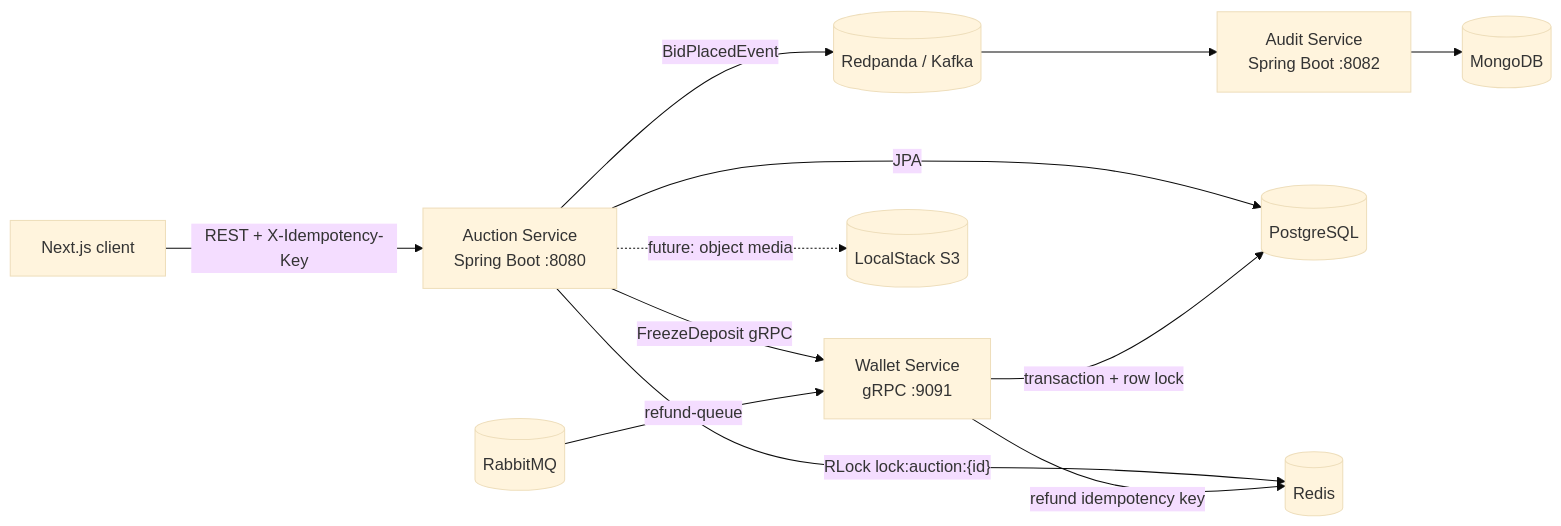
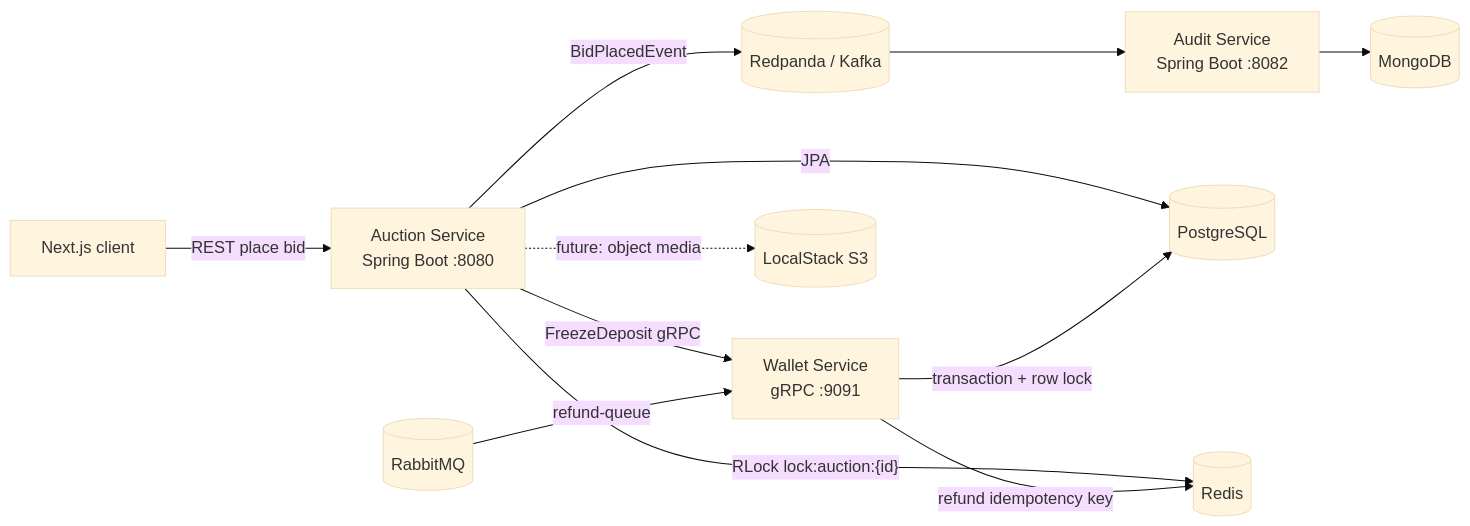
One commit to okuminhphen/omnibid changed the first of 2 diagrams in README.md. Above: the diagram before and after it, drawn with Mermaid (base theme). The commit also changed other lines of this file and 36 other files, not shown here.

````diff
--- a/README.md
+++ b/README.md
@@ -9,25 +9,25 @@
 ```mermaid
 flowchart LR
     Browser["Next.js client"]
     Auction["Auction Service<br/>Spring Boot :8080"]
     Wallet["Wallet Service<br/>gRPC :9091"]
     Audit["Audit Service<br/>Spring Boot :8082"]
     PG[("PostgreSQL")]
     Redis[("Redis")]
     Kafka[("Redpanda / Kafka")]
     Rabbit[("RabbitMQ")]
     Mongo[("MongoDB")]
     S3[("LocalStack S3")]
 
-    Browser -->|"REST + X-Idempotency-Key"| Auction
+    Browser -->|"REST place bid"| Auction
     Auction -->|"RLock lock:auction:{id}"| Redis
     Auction -->|"JPA"| PG
     Auction -->|"FreezeDeposit gRPC"| Wallet
     Wallet -->|"transaction + row lock"| PG
     Wallet -->|"refund idempotency key"| Redis
     Auction -->|"BidPlacedEvent"| Kafka
     Kafka --> Audit
     Audit --> Mongo
     Rabbit -->|"refund-queue"| Wallet
     Auction -. "future: object media" .-> S3
 ```
````
